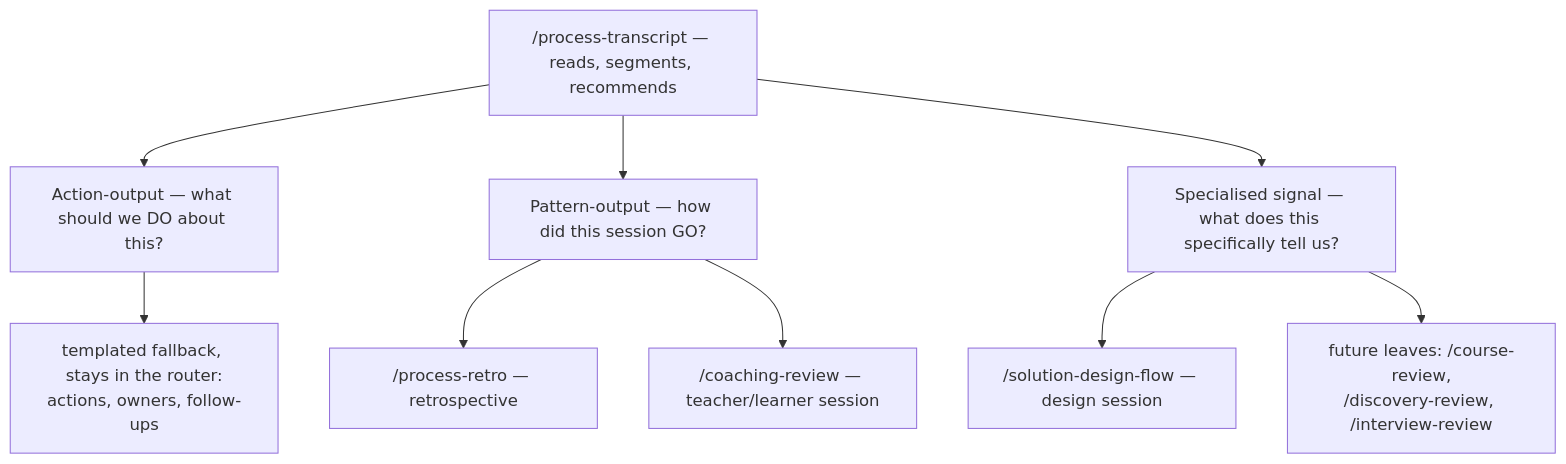
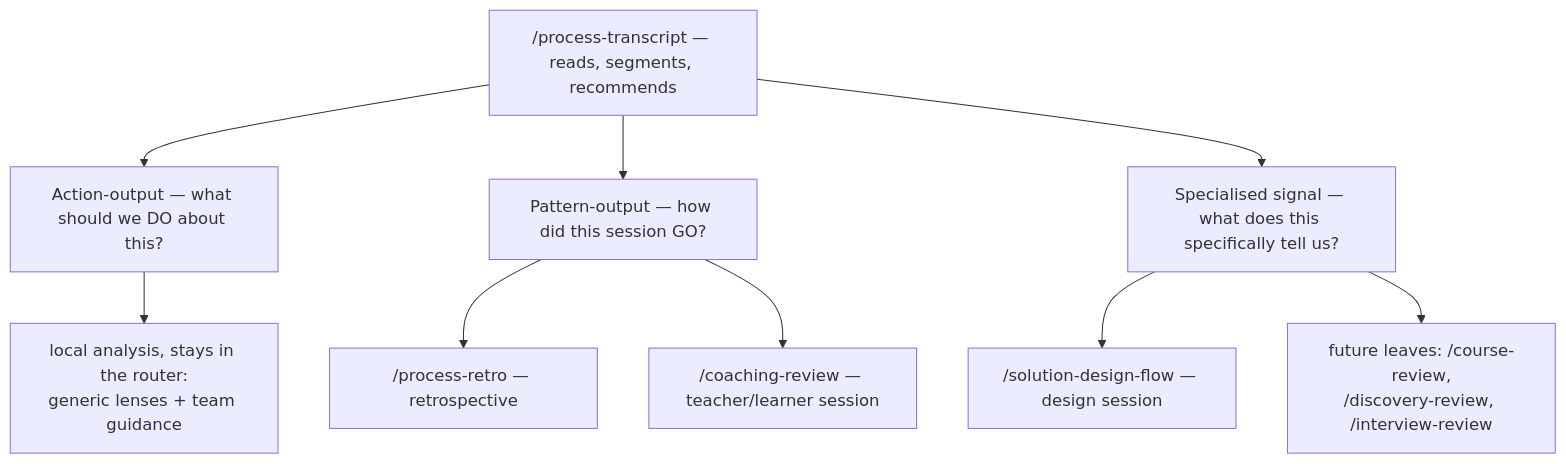
One commit to CauchyIO/awow changed the first of 2 diagrams in guides/guide-transcript-router.md. Above: the diagram before and after it, drawn with Mermaid. The commit also changed other lines of this file and 47 other files, not shown here.

````diff
--- a/guides/guide-transcript-router.md
+++ b/guides/guide-transcript-router.md
@@ -16,12 +15,12 @@
 ```mermaid
 flowchart TD
   router["/process-transcript — reads, segments, recommends"]
   router --> action["Action-output — what should we DO about this?"]
   router --> pattern["Pattern-output — how did this session GO?"]
   router --> signal["Specialised signal — what does this specifically tell us?"]
-  action --> fallback["templated fallback, stays in the router:<br>actions, owners, follow-ups"]
+  action --> fallback["local analysis, stays in the router:<br>generic lenses + team guidance"]
   pattern --> retro["/process-retro — retrospective"]
   pattern --> coach["/coaching-review — teacher/learner session"]
   signal --> design["/solution-design-flow — design session"]
   signal --> future["future leaves: /course-review,<br>/discovery-review, /interview-review"]
 ```
````
